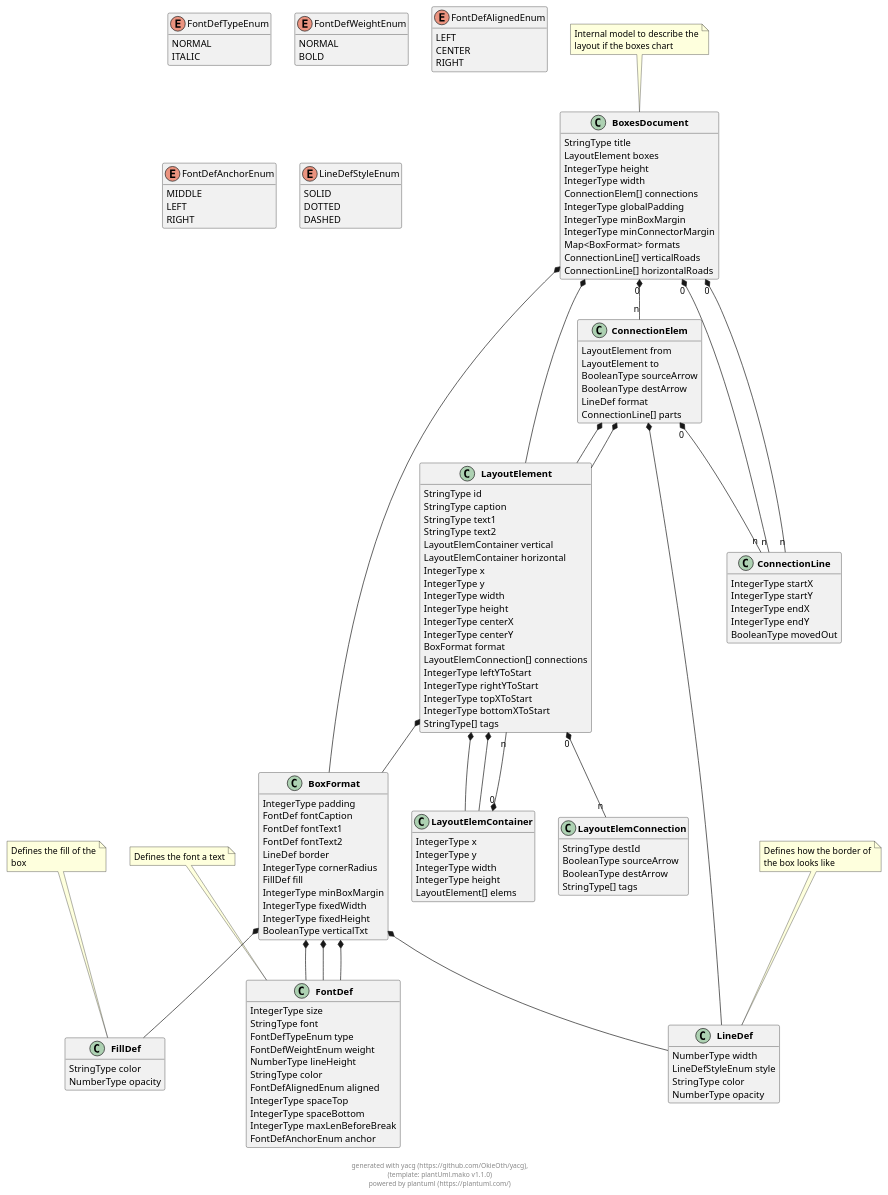
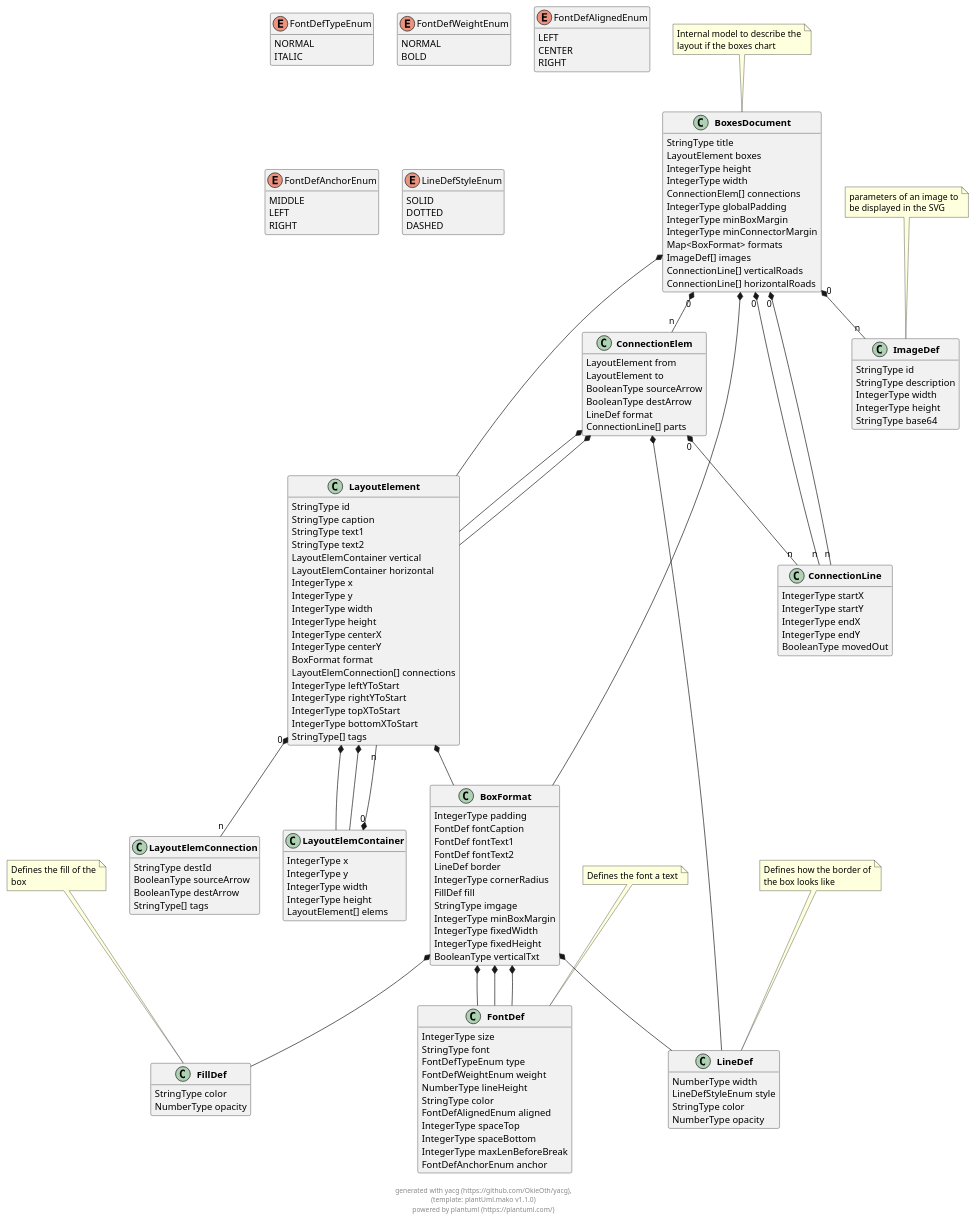
Before and after one commit to OkieOth/draw.chart.things: the diagram in docs/models/puml/boxes_document.puml, drawn with PlantUML. The commit also changed 11 other files, not shown here.

Commit message:
extended boxes models with additional attribs for image definitions

```diff
--- a/docs/models/puml/boxes_document.puml
+++ b/docs/models/puml/boxes_document.puml
@@ -14,6 +14,7 @@
         IntegerType minBoxMargin
         IntegerType minConnectorMargin
         Map<BoxFormat> formats
+        ImageDef[] images
         ConnectionLine[] verticalRoads
         ConnectionLine[] horizontalRoads
 }
@@ -65,6 +66,7 @@
         LineDef border
         IntegerType cornerRadius
         FillDef fill
+        StringType imgage
         IntegerType minBoxMargin
         IntegerType fixedWidth
         IntegerType fixedHeight
@@ -165,6 +167,17 @@
 
  
 
+class "**ImageDef**" as ImageDef {
+        StringType id
+        StringType description
+        IntegerType width
+        IntegerType height
+        StringType base64
+}
+note top: parameters of an image to\nbe displayed in the SVG
+
+ 
+
 
     
 
@@ -178,6 +191,8 @@
 
 
 BoxesDocument  *--  BoxFormat
+
+BoxesDocument "0" *-- "n" ImageDef
 
 BoxesDocument "0" *-- "n" ConnectionLine
 
@@ -236,6 +251,7 @@
 
 
 
+
     
 
 
@@ -279,6 +295,12 @@
     
 
 
+    
+
+
+
+
+
 
 footer \ngenerated with yacg (https://github.com/OkieOth/yacg),\n(template: plantUml.mako v1.1.0)\npowered by plantuml (https://plantuml.com/)
 @enduml
```
